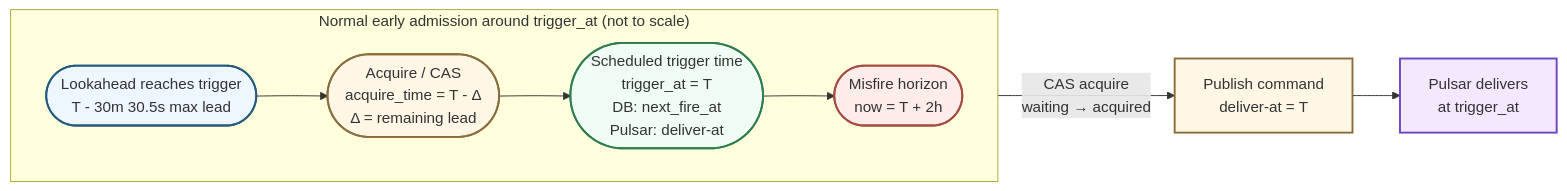
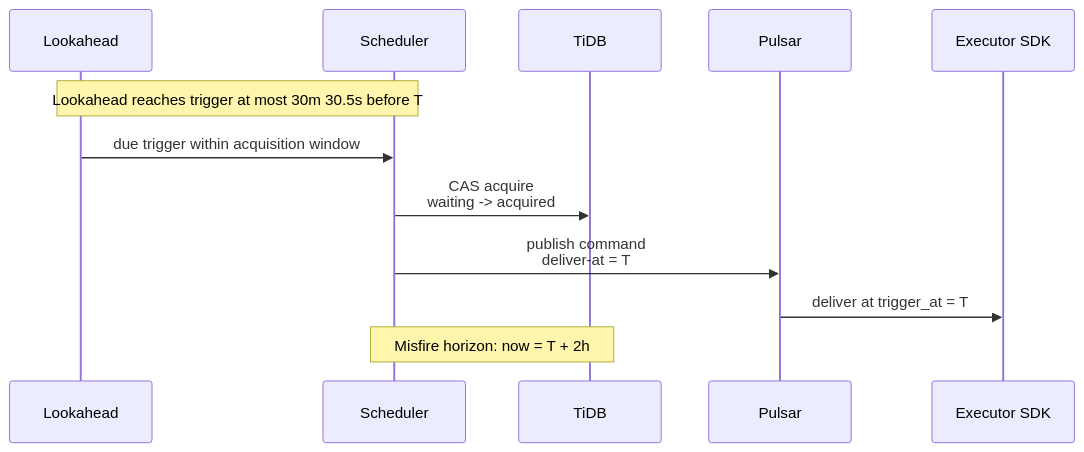
One commit to EdwardShen125/edwardshen125.github.io changed the third of 3 diagrams in source/_posts/engineering-case-study/designing-a-distributed-scheduler-handling-200k-scheduling-operations-per-second.md. Above: the diagram before and after it, drawn with Mermaid. The commit also changed other lines of this file and 6 other files, not shown here.

Commit message:
Revise scheduler case study diagrams

```diff
--- a/source/_posts/engineering-case-study/designing-a-distributed-scheduler-handling-200k-scheduling-operations-per-second.md
+++ b/source/_posts/engineering-case-study/designing-a-distributed-scheduler-handling-200k-scheduling-operations-per-second.md
@@ -133,22 +123,15 @@
 {% mermaid %}
-flowchart LR
-    subgraph timeaxis["Normal early admission around trigger_at (not to scale)"]
-        direction LR
-        L(["Lookahead reaches trigger<br/>T - 30m 30.5s max lead"]):::stage
-        A(["Acquire / CAS<br/>acquire_time = T - Δ<br/>Δ = remaining lead"]):::action
-        T(["Scheduled trigger time<br/>trigger_at = T<br/>DB: next_fire_at<br/>Pulsar: deliver-at"]):::trigger
-        M(["Misfire horizon<br/>now = T + 2h"]):::boundary
-        L --> A
-        A --> T
-        T --> M
-    end
+sequenceDiagram
+    participant L as Lookahead
+    participant S as Scheduler
+    participant DB as TiDB
+    participant Q as Pulsar
+    participant E as Executor SDK
 
-    A -->|"CAS acquire<br/>waiting → acquired"| P["Publish command<br/>deliver-at = T"]:::action
-    P --> E["Pulsar delivers<br/>at trigger_at"]:::delivery
-
-    classDef stage fill:#eef7ff,stroke:#245a7d,stroke-width:2px;
-    classDef action fill:#fff7e6,stroke:#8a6d3b,stroke-width:2px;
-    classDef trigger fill:#f0fdf4,stroke:#2f7d4f,stroke-width:2px;
-    classDef boundary fill:#fdecea,stroke:#a44a3f,stroke-width:2px;
-    classDef delivery fill:#f3e8ff,stroke:#6b46c1,stroke-width:2px;
+    Note over L,S: Lookahead reaches trigger at most 30m 30.5s before T
+    L->>S: due trigger within acquisition window
+    S->>DB: CAS acquire<br/>waiting -> acquired
+    S->>Q: publish command<br/>deliver-at = T
+    Q->>E: deliver at trigger_at = T
+    Note over S,DB: Misfire horizon: now = T + 2h
 {% endmermaid %}
```
